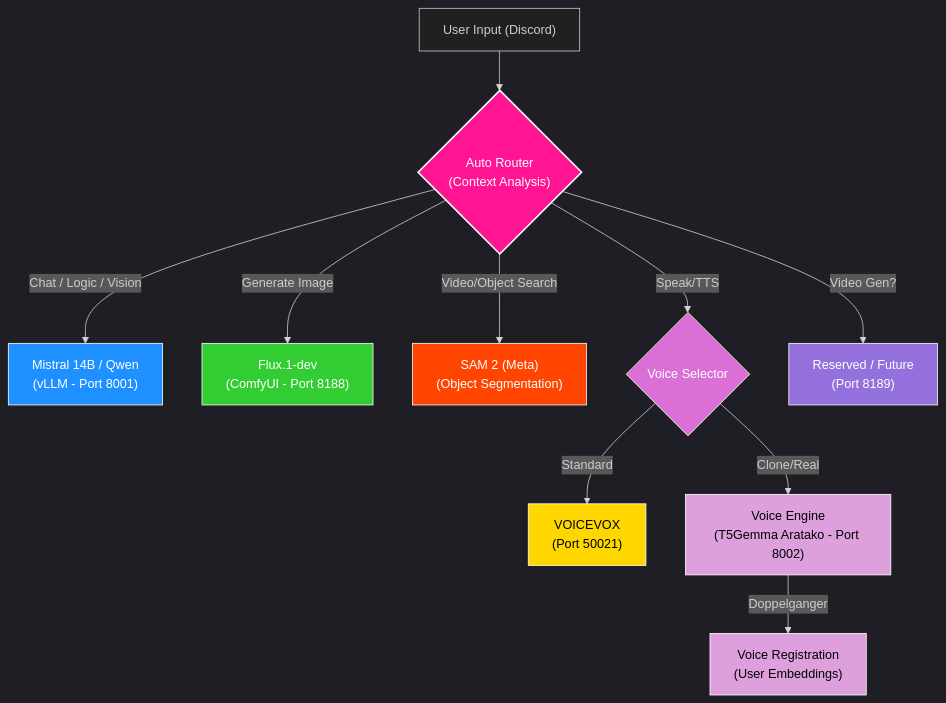
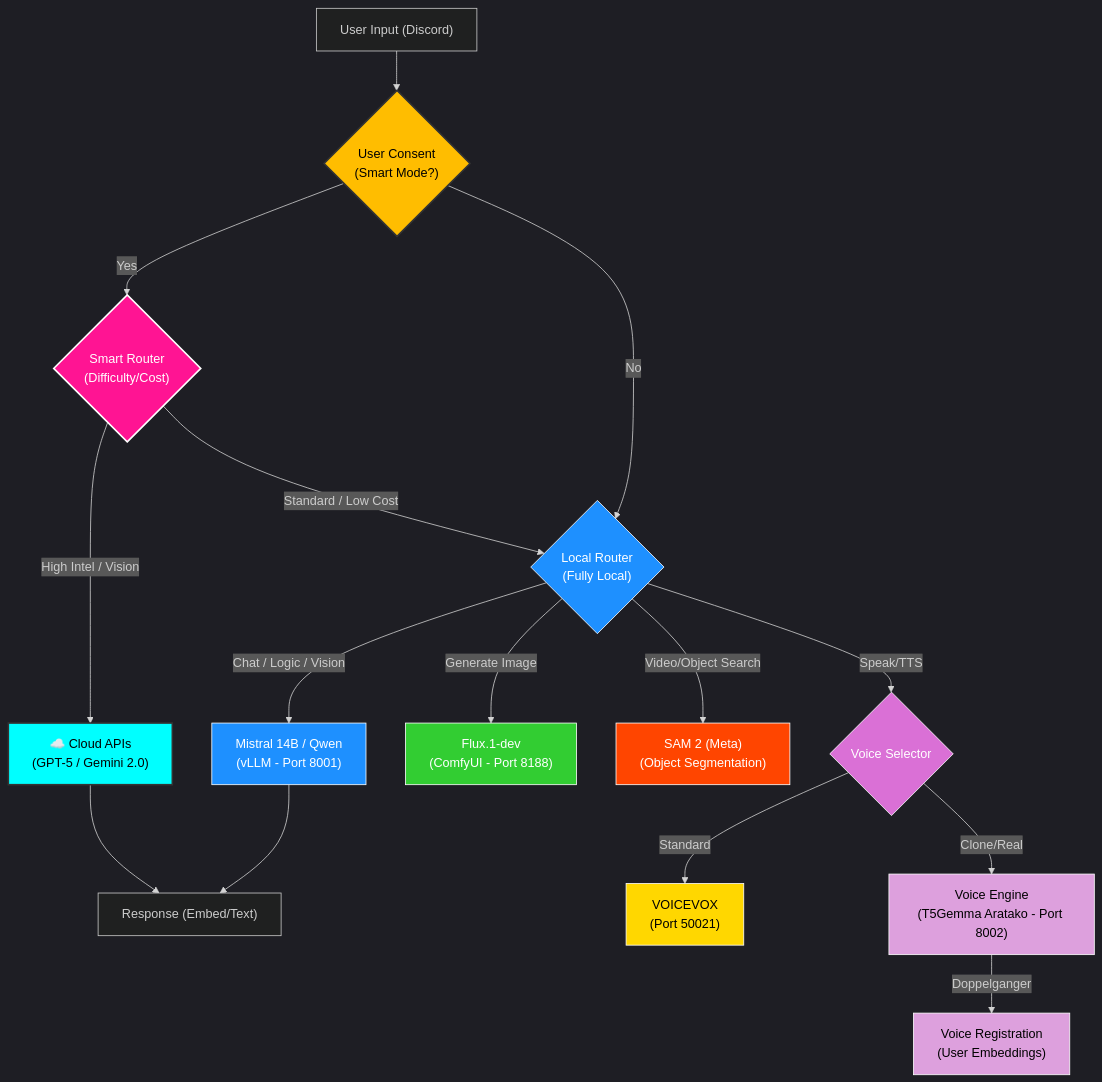
The diagram in README.md (YoneRai12/ORA), drawn with Mermaid before and after one commit. The commit also changed other lines of this file, not shown here.

Commit message:
docs: Update English README with Universal Brain v3.0

````diff
--- a/README.md
+++ b/README.md
@@ -61,31 +75,42 @@
 ```mermaid
 %%{init: { 'theme': 'dark' }}%%
 graph TD
-    User["User Input (Discord)"] --> Router{"Auto Router<br>(Context Analysis)"}
+    User["User Input (Discord)"] --> Consent{"User Consent<br>(Smart Mode?)"}
+    
+    %% Privacy Decision
+    Consent -- "Yes" --> SmartRouter{"Smart Router<br>(Difficulty/Cost)"}
+    Consent -- "No" --> LocalRouter{"Local Router<br>(Fully Local)"}
 
-    %% Routing Logic
-    Router -- "Chat / Logic / Vision" --> LLM["Mistral 14B / Qwen<br>(vLLM - Port 8001)"]
-    Router -- "Generate Image" --> ImageGen["Flux.1-dev<br>(ComfyUI - Port 8188)"]
-    Router -- "Video/Object Search" --> SAM2["SAM 2 (Meta)<br>(Object Segmentation)"]
+    %% Smart Path
+    SmartRouter -- "High Intel / Vision" --> CloudAPI["☁️ Cloud APIs<br>(GPT-5 / Gemini 2.0)"]
+    SmartRouter -- "Standard / Low Cost" --> LocalRouter
+
+    %% Local Path
+    LocalRouter -- "Chat / Logic / Vision" --> LLM["Mistral 14B / Qwen<br>(vLLM - Port 8001)"]
+    LocalRouter -- "Generate Image" --> ImageGen["Flux.1-dev<br>(ComfyUI - Port 8188)"]
+    LocalRouter -- "Video/Object Search" --> SAM2["SAM 2 (Meta)<br>(Object Segmentation)"]
     
     %% Voice Path (Dual Engine)
-    Router -- "Speak/TTS" --> VoiceRouter{"Voice Selector"}
+    LocalRouter -- "Speak/TTS" --> VoiceRouter{"Voice Selector"}
     VoiceRouter -- "Standard" --> VV["VOICEVOX<br>(Port 50021)"]
     VoiceRouter -- "Clone/Real" --> VoiceSvc["Voice Engine<br>(T5Gemma Aratako - Port 8002)"]
     
     VoiceSvc -- "Doppelganger" --> Cloning["Voice Registration<br>(User Embeddings)"]
 
-    %% Future/Reserved
-    Router -- "Video Gen?" --> VideoGen["Reserved / Future<br>(Port 8189)"]
+    %% Output
+    CloudAPI --> Output["Response (Embed/Text)"]
+    LLM --> Output["Response (Embed/Text)"]
 
     %% Styling for better dark mode readability
-    style Router fill:#ff1493,stroke:#ffffff,stroke-width:2px,color:#ffffff
+    style Consent fill:#ffbd00,stroke:#333,stroke-width:2px,color:#000
+    style SmartRouter fill:#ff1493,stroke:#ffffff,stroke-width:2px,color:#ffffff
+    style CloudAPI fill:#00ffff,stroke:#333,stroke-width:2px,color:#000
+    style LocalRouter fill:#1e90ff,stroke:#ffffff,stroke-width:1px,color:#ffffff
     style LLM fill:#1e90ff,stroke:#ffffff,stroke-width:1px,color:#ffffff
     style ImageGen fill:#32cd32,stroke:#ffffff,stroke-width:1px,color:#ffffff
     style SAM2 fill:#ff4500,stroke:#ffffff,stroke-width:1px,color:#ffffff
     style VoiceRouter fill:#da70d6,stroke:#ffffff,stroke-width:1px,color:#ffffff
     style VV fill:#ffd700,stroke:#ffffff,stroke-width:1px,color:#000000
     style VoiceSvc fill:#dda0dd,stroke:#ffffff,stroke-width:1px,color:#000000
     style Cloning fill:#dda0dd,stroke:#ffffff,stroke-width:1px,color:#000000
-    style VideoGen fill:#9370db,stroke:#ffffff,stroke-width:1px,color:#ffffff
 ```
````
